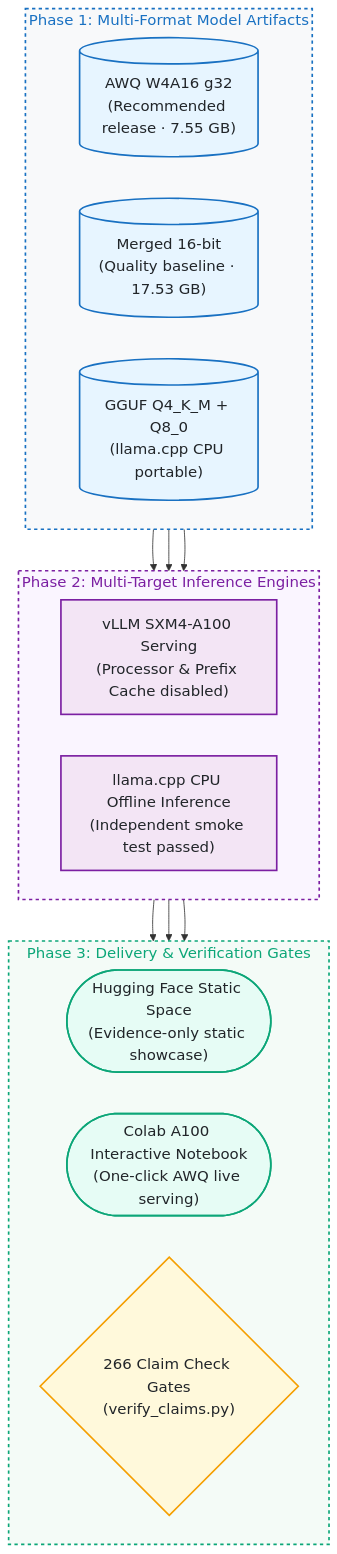
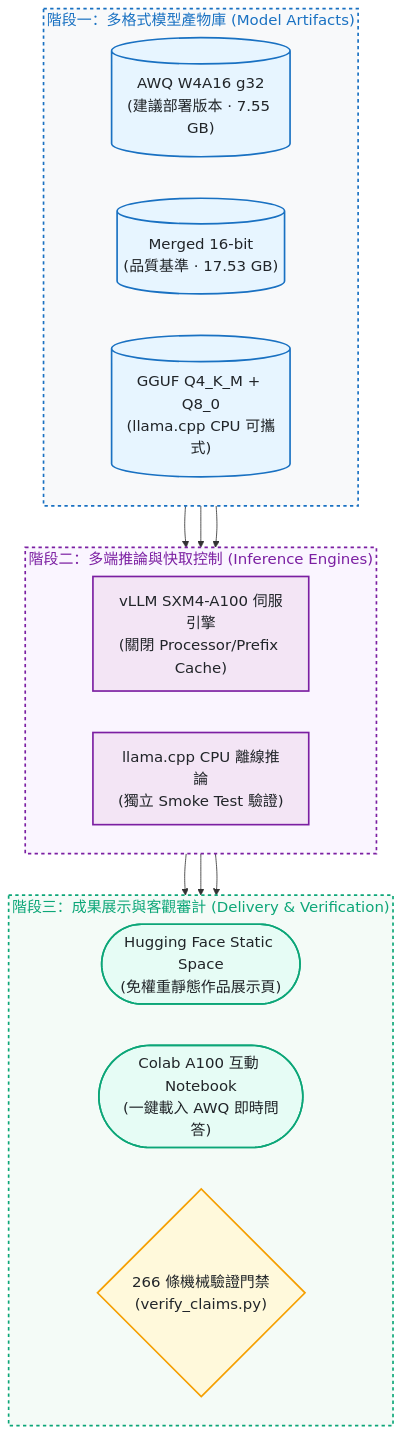
The second of 2 diagrams in README.md (kuotunyu/qwen3-vl-chartqa), drawn with Mermaid before and after one commit. The commit also changed other lines of this file and 3 other files, not shown here.

````diff
--- a/README.md
+++ b/README.md
@@ -61,43 +57,43 @@
 ```mermaid
 %%{init: {'themeVariables': {'fontSize': '18px'}}}%%
 flowchart TD
-    subgraph ArtStage ["Phase 1: Multi-Format Model Artifacts"]
+    subgraph ArtStage ["階段一：多格式模型產物庫 (Model Artifacts)"]
         direction LR
-        M1[("AWQ W4A16 g32<br/>(Recommended release · 7.55 GB)")]
-        M2[("Merged 16-bit<br/>(Quality baseline · 17.53 GB)")]
-        M3[("GGUF Q4_K_M + Q8_0<br/>(llama.cpp CPU portable)")]
+        M1[("AWQ W4A16 g32<br/>(建議部署版本 · 7.55 GB)")]
+        M2[("Merged 16-bit<br/>(品質基準 · 17.53 GB)")]
+        M3[("GGUF Q4_K_M + Q8_0<br/>(llama.cpp CPU 可攜式)")]
     end
 
-    subgraph EngineStage ["Phase 2: Multi-Target Inference Engines"]
+    subgraph EngineStage ["階段二：多端推論與快取控制 (Inference Engines)"]
         direction LR
-        vLLMEng["vLLM SXM4-A100 Serving<br/>(Processor & Prefix Cache disabled)"]
-        CPUEng["llama.cpp CPU Offline Inference<br/>(Independent smoke test passed)"]
+        vLLMEng["vLLM SXM4-A100 伺服引擎<br/>(關閉 Processor/Prefix Cache)"]
+        CPUEng["llama.cpp CPU 離線推論<br/>(獨立 Smoke Test 驗證)"]
     end
 
-    subgraph DeliveryStage ["Phase 3: Delivery & Verification Gates"]
+    subgraph DeliveryStage ["階段三：成果展示與客觀審計 (Delivery & Verification)"]
         direction LR
-        Space(["Hugging Face Static Space<br/>(Evidence-only static showcase)"])
-        Colab(["Colab A100 Interactive Notebook<br/>(One-click AWQ live serving)"])
-        Audit{"266 Claim Check Gates<br/>(verify_claims.py)"}
+        Space(["Hugging Face Static Space<br/>(免權重靜態作品展示頁)"])
+        Colab(["Colab A100 互動 Notebook<br/>(一鍵載入 AWQ 即時問答)"])
+        Audit{"266 條機械驗證門禁<br/>(verify_claims.py)"}
     end
 
     M1 & M2 --> vLLMEng
     M3 --> CPUEng
     vLLMEng --> Colab
     CPUEng --> Audit
     vLLMEng --> Space
 
     classDef srcStyle fill:#e7f5ff,stroke:#1971c2,stroke-width:2px,color:#212529
     classDef procStyle fill:#f3e5f5,stroke:#7b1fa2,stroke-width:2px,color:#212529
     classDef condStyle fill:#fff9db,stroke:#f59f00,stroke-width:2px,color:#212529
     classDef evalStyle fill:#e6fcf5,stroke:#0ca678,stroke-width:2px,color:#212529
 
     class M1,M2,M3 srcStyle
     class vLLMEng,CPUEng procStyle
     class Audit condStyle
     class Space,Colab evalStyle
 
     style ArtStage fill:#f8f9fa,stroke:#1971c2,stroke-width:2px,color:#1971c2,stroke-dasharray: 4 4
     style EngineStage fill:#faf5ff,stroke:#7b1fa2,stroke-width:2px,color:#7b1fa2,stroke-dasharray: 4 4
     style DeliveryStage fill:#f4fbf7,stroke:#0ca678,stroke-width:2px,color:#0ca678,stroke-dasharray: 4 4
 ```
````
